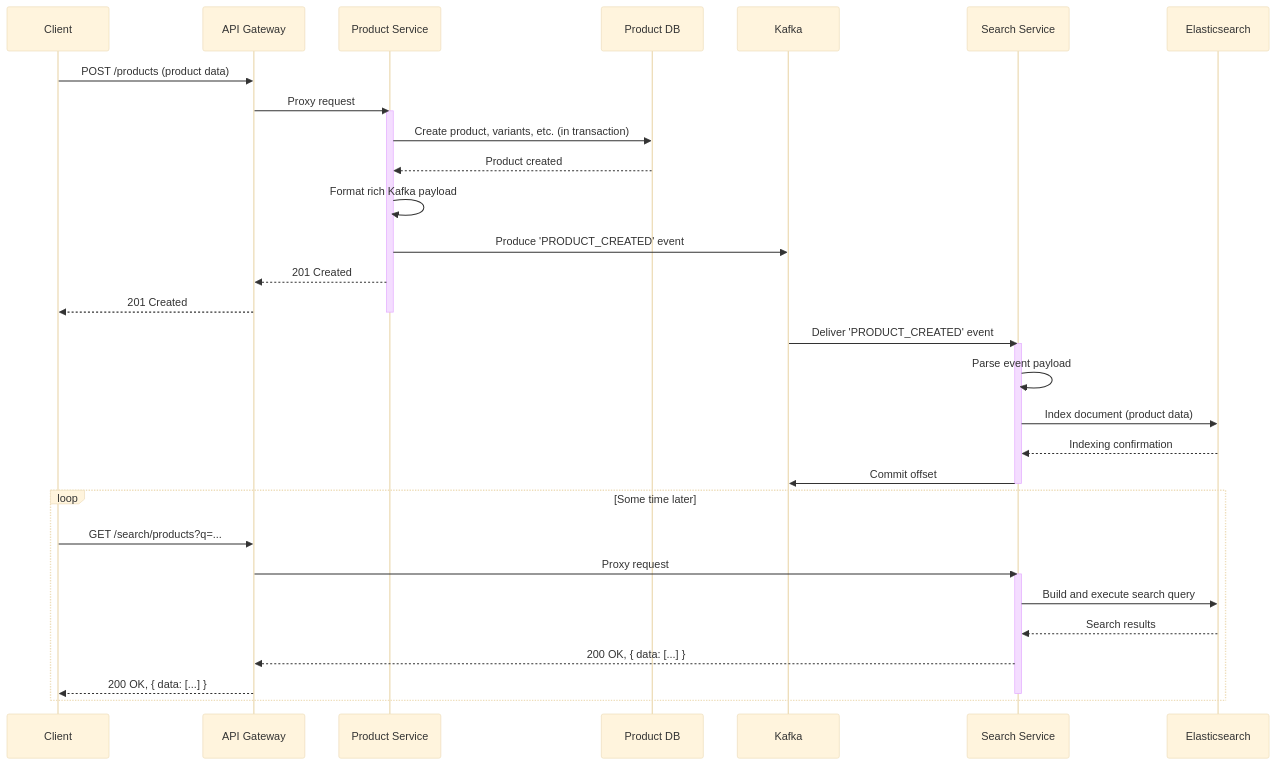
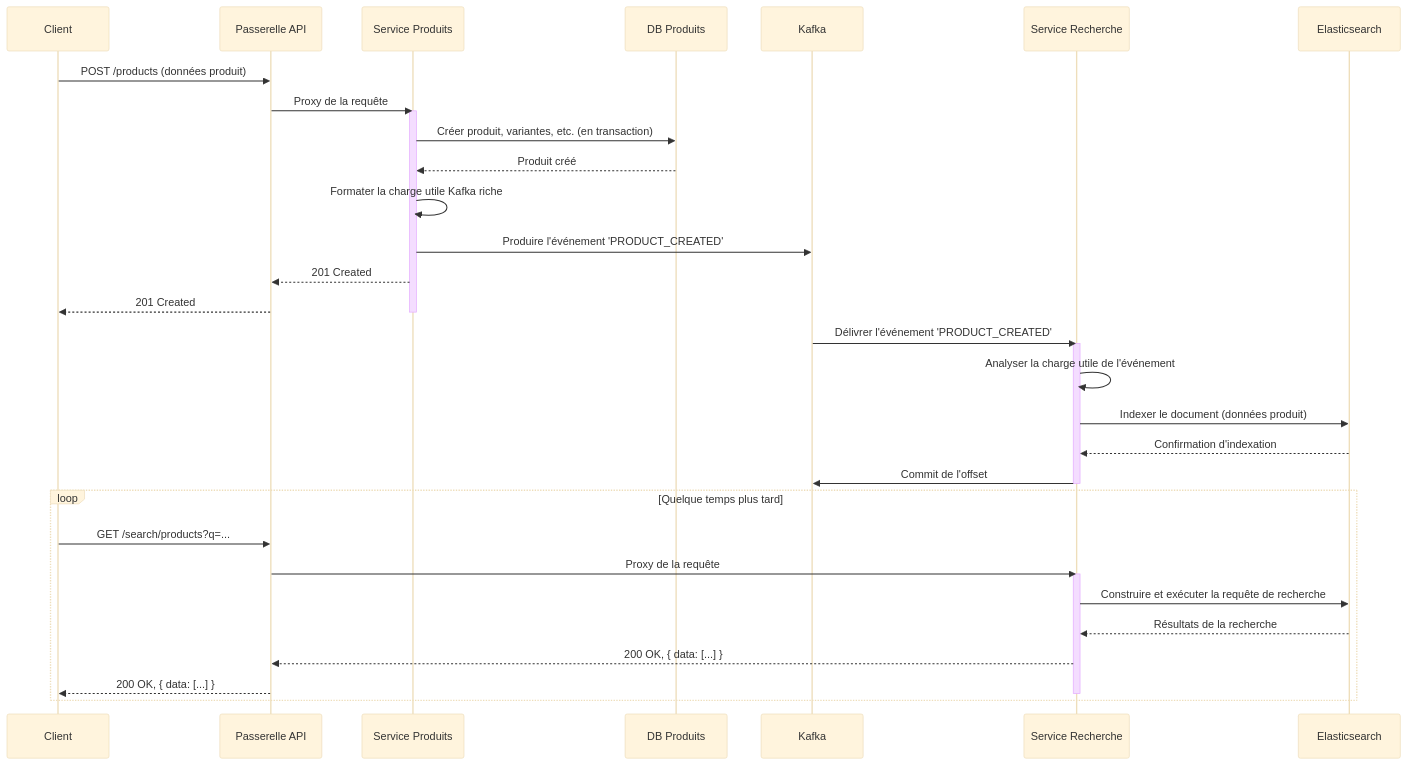
Before and after one commit to HarcheSamir/esisba-lirmm-ecommerce: the seventh of 10 diagrams in MVP.md, drawn with Mermaid (base theme). The commit also changed other lines of this file, not shown here.

````diff
--- a/MVP.md
+++ b/MVP.md
@@ -487,40 +491,40 @@
 ```mermaid
 sequenceDiagram
     participant Client
-    participant APIGW as API Gateway
-    participant ProductSvc as Product Service
-    participant ProductDB as Product DB
+    participant APIGW as Passerelle API
+    participant ProductSvc as Service Produits
+    participant ProductDB as DB Produits
     participant Kafka
-    participant SearchSvc as Search Service
+    participant SearchSvc as Service Recherche
     participant ES as Elasticsearch
 
-    Client->>APIGW: POST /products (product data)
-    APIGW->>ProductSvc: Proxy request
+    Client->>APIGW: POST /products (données produit)
+    APIGW->>ProductSvc: Proxy de la requête
     activate ProductSvc
-    ProductSvc->>ProductDB: Create product, variants, etc. (in transaction)
-    ProductDB-->>ProductSvc: Product created
-    ProductSvc->>ProductSvc: Format rich Kafka payload
-    ProductSvc->>Kafka: Produce 'PRODUCT_CREATED' event
+    ProductSvc->>ProductDB: Créer produit, variantes, etc. (en transaction)
+    ProductDB-->>ProductSvc: Produit créé
+    ProductSvc->>ProductSvc: Formater la charge utile Kafka riche
+    ProductSvc->>Kafka: Produire l'événement 'PRODUCT_CREATED'
     ProductSvc-->>APIGW: 201 Created
     APIGW-->>Client: 201 Created
     deactivate ProductSvc
 
-    Kafka->>SearchSvc: Deliver 'PRODUCT_CREATED' event
+    Kafka->>SearchSvc: Délivrer l'événement 'PRODUCT_CREATED'
     activate SearchSvc
-    SearchSvc->>SearchSvc: Parse event payload
-    SearchSvc->>ES: Index document (product data)
-    ES-->>SearchSvc: Indexing confirmation
-    SearchSvc->>Kafka: Commit offset
+    SearchSvc->>SearchSvc: Analyser la charge utile de l'événement
+    SearchSvc->>ES: Indexer le document (données produit)
+    ES-->>SearchSvc: Confirmation d'indexation
+    SearchSvc->>Kafka: Commit de l'offset
     deactivate SearchSvc
 
-    loop Some time later
+    loop Quelque temps plus tard
     Client->>APIGW: GET /search/products?q=...
-    APIGW->>SearchSvc: Proxy request
+    APIGW->>SearchSvc: Proxy de la requête
     activate SearchSvc
-    SearchSvc->>ES: Build and execute search query
-    ES-->>SearchSvc: Search results
+    SearchSvc->>ES: Construire et exécuter la requête de recherche
+    ES-->>SearchSvc: Résultats de la recherche
     SearchSvc-->>APIGW: 200 OK, { data: [...] }
     APIGW-->>Client: 200 OK, { data: [...] }
     deactivate SearchSvc
     end
 ```
````
